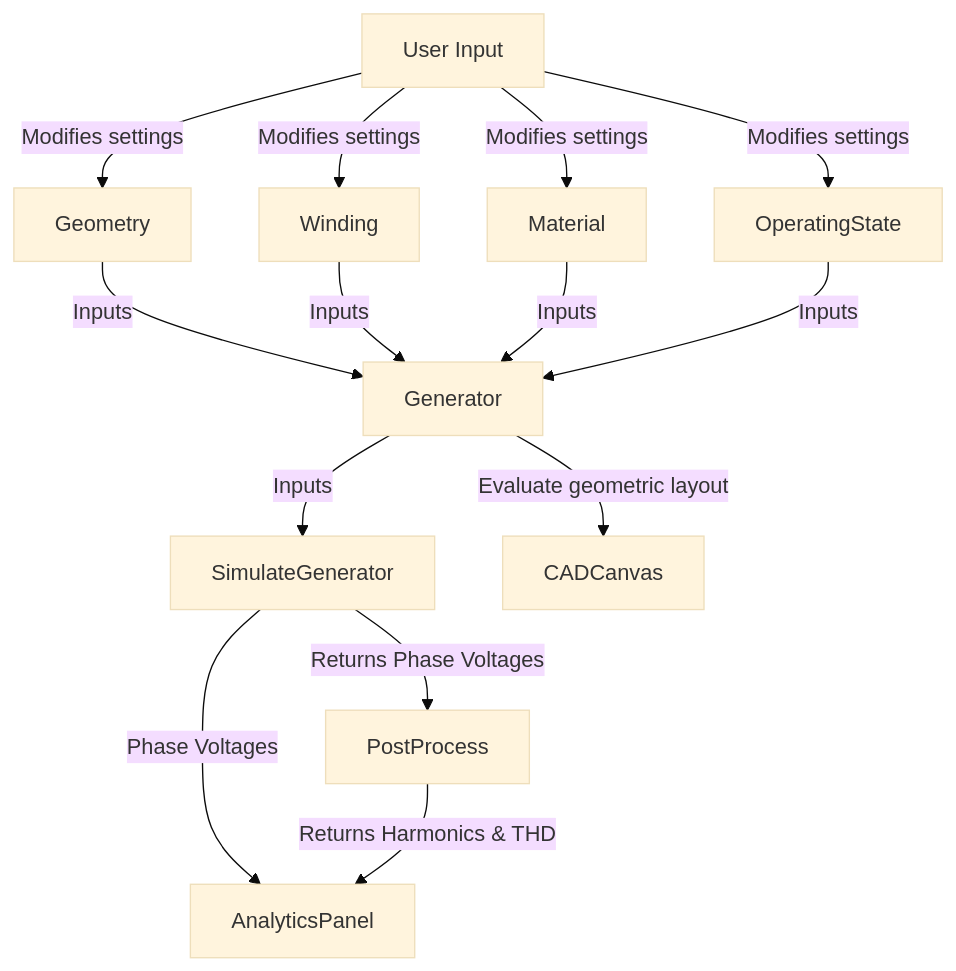
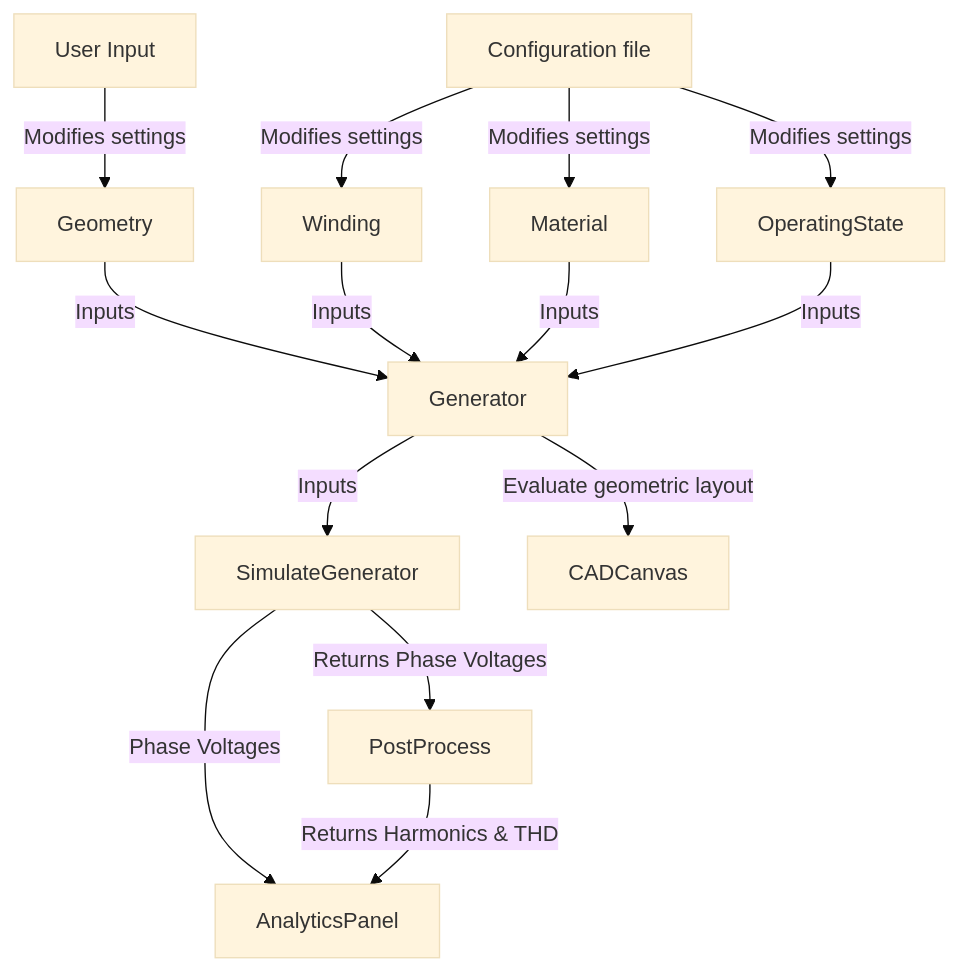
The diagram in README.md (GGisMee/UU-Winding-Visualisation), drawn with Mermaid (base theme) before and after one commit.

Commit message:
improved readme

````diff
--- a/README.md
+++ b/README.md
@@ -11,21 +11,21 @@
 ```mermaid
 graph TD
     User[User Input] -->|Modifies settings| Geom[Geometry]
-    User -->|Modifies settings| Wind[Winding]
-    User -->|Modifies settings| Mat[Material]
-    User -->|Modifies settings| State[OperatingState]
+    Config[Configuration file] -->|Modifies settings| Wind[Winding]
+    Config -->|Modifies settings| Mat[Material]
+    Config -->|Modifies settings| State[OperatingState]
     
     Geom -->|Inputs| Gen[Generator]
     Wind -->|Inputs| Gen
     Mat -->|Inputs| Gen
     State -->|Inputs| Gen
     
     Gen -->|Inputs| Sim[SimulateGenerator]
     
     Sim -->|Returns Phase Voltages| Post[PostProcess]
     Sim -->|Phase Voltages| GUI[AnalyticsPanel]
     
     Post -->|Returns Harmonics & THD| GUI
     
     Gen -->|Evaluate geometric layout| CAD[CADCanvas]
 ```
````
